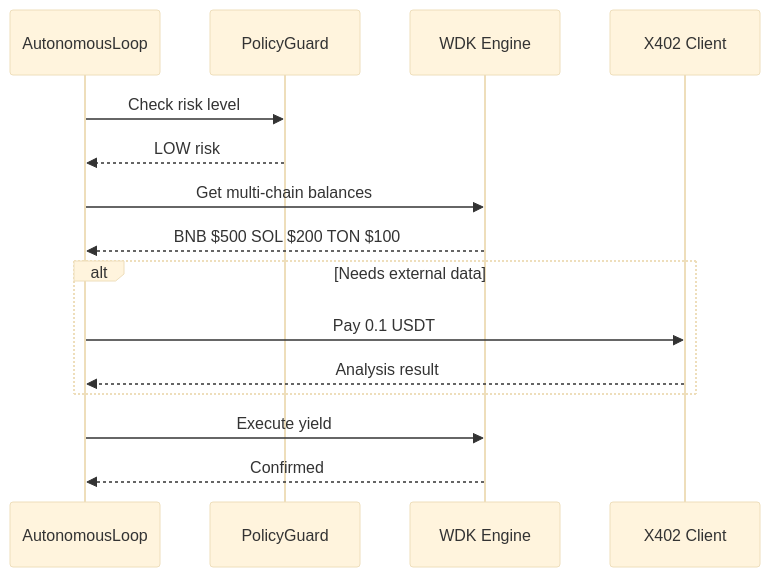
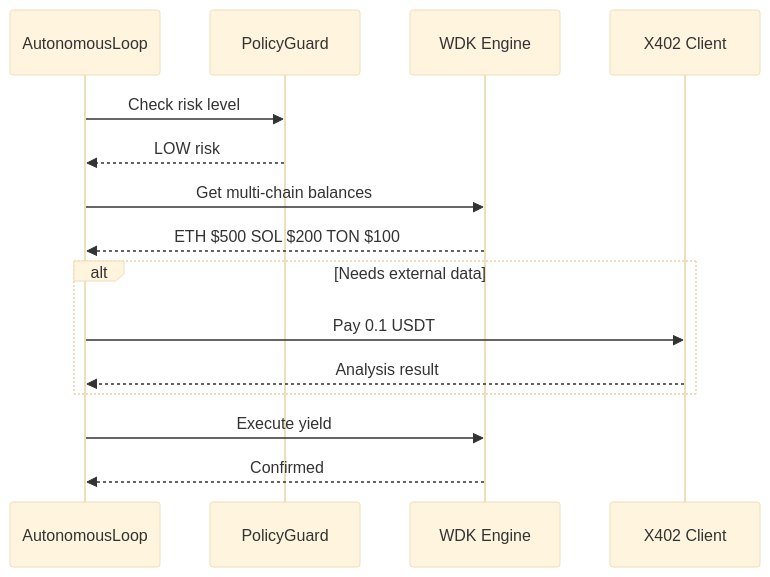
One commit to anhquan075/OmniAgent changed the second of 4 diagrams in README.md. Above: the diagram before and after it, drawn with Mermaid (base theme). The commit also changed other lines of this file and 203 other files, not shown here.

````diff
--- a/README.md
+++ b/README.md
@@ -72,21 +78,21 @@
 ```mermaid
 sequenceDiagram
     participant AI as AutonomousLoop
     participant PG as PolicyGuard
     participant WDK as WDK Engine
     participant X402 as X402 Client
     
     AI->>PG: Check risk level
     PG-->>AI: LOW risk
     
     AI->>WDK: Get multi-chain balances
-    WDK-->>AI: BNB $500 SOL $200 TON $100
+    WDK-->>AI: ETH $500 SOL $200 TON $100
     
     alt Needs external data
         AI->>X402: Pay 0.1 USDT
         X402-->>AI: Analysis result
     end
     
     AI->>WDK: Execute yield
     WDK-->>AI: Confirmed
 ```
````
